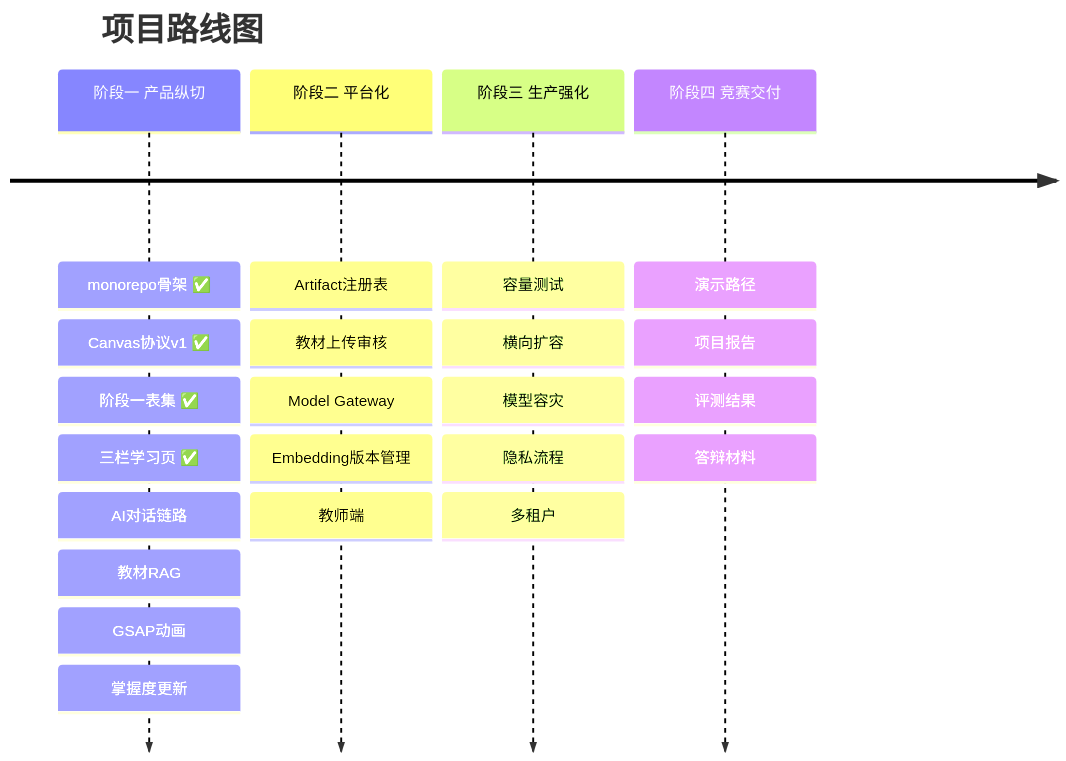
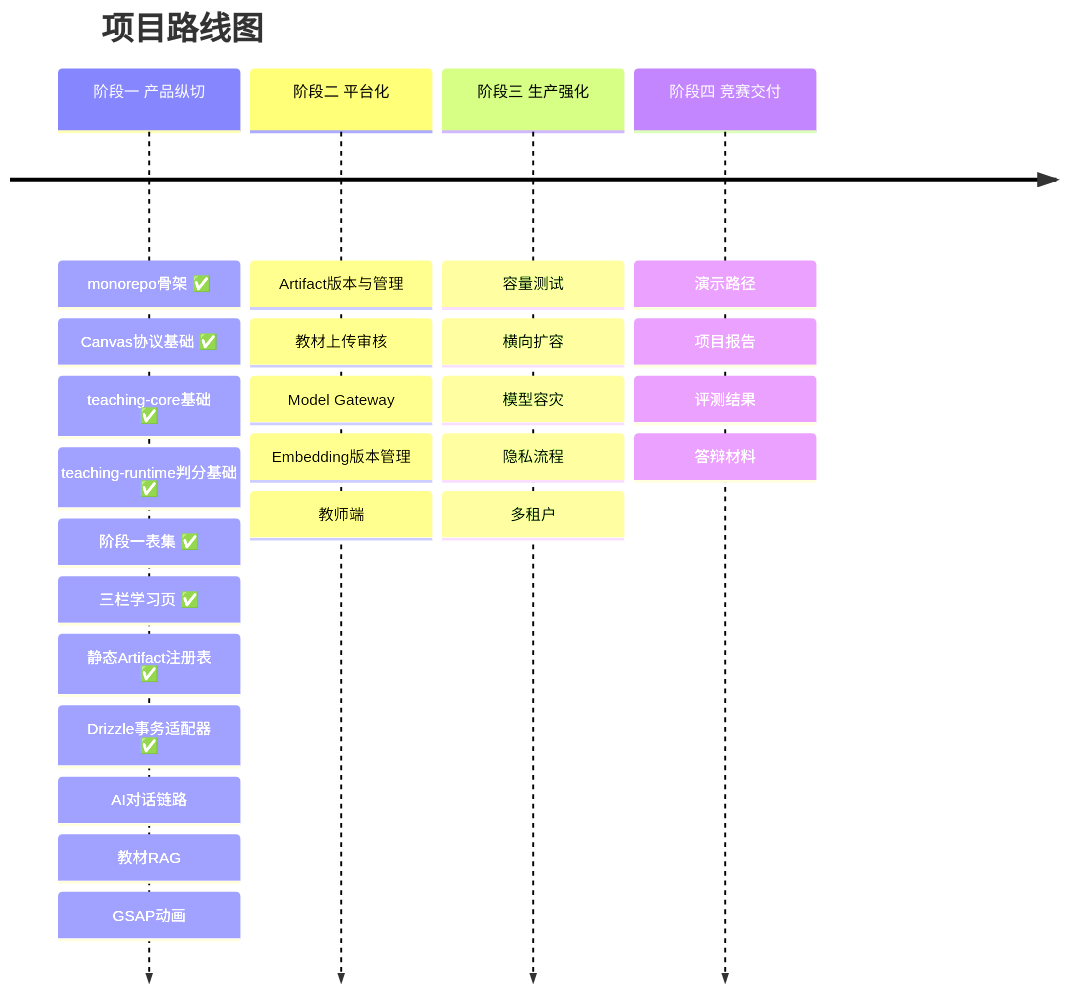
Before and after one commit to Timcai06/EduCanvas: the seventh of 7 diagrams in README.md, drawn with Mermaid. The commit also changed other lines of this file and 64 other files, not shown here.

````diff
--- a/README.md
+++ b/README.md
@@ -272,8 +289,8 @@
 ```mermaid
 timeline
     title 项目路线图
-    阶段一 产品纵切 : monorepo骨架 ✅ : Canvas协议v1 ✅ : 阶段一表集 ✅ : 三栏学习页 ✅ : AI对话链路 : 教材RAG : GSAP动画 : 掌握度更新
-    阶段二 平台化 : Artifact注册表 : 教材上传审核 : Model Gateway : Embedding版本管理 : 教师端
+    阶段一 产品纵切 : monorepo骨架 ✅ : Canvas协议基础 ✅ : teaching-core基础 ✅ : teaching-runtime判分基础 ✅ : 阶段一表集 ✅ : 三栏学习页 ✅ : 静态Artifact注册表 ✅ : Drizzle事务适配器 ✅ : AI对话链路 : 教材RAG : GSAP动画
+    阶段二 平台化 : Artifact版本与管理 : 教材上传审核 : Model Gateway : Embedding版本管理 : 教师端
     阶段三 生产强化 : 容量测试 : 横向扩容 : 模型容灾 : 隐私流程 : 多租户
     阶段四 竞赛交付 : 演示路径 : 项目报告 : 评测结果 : 答辩材料
 ```
````
